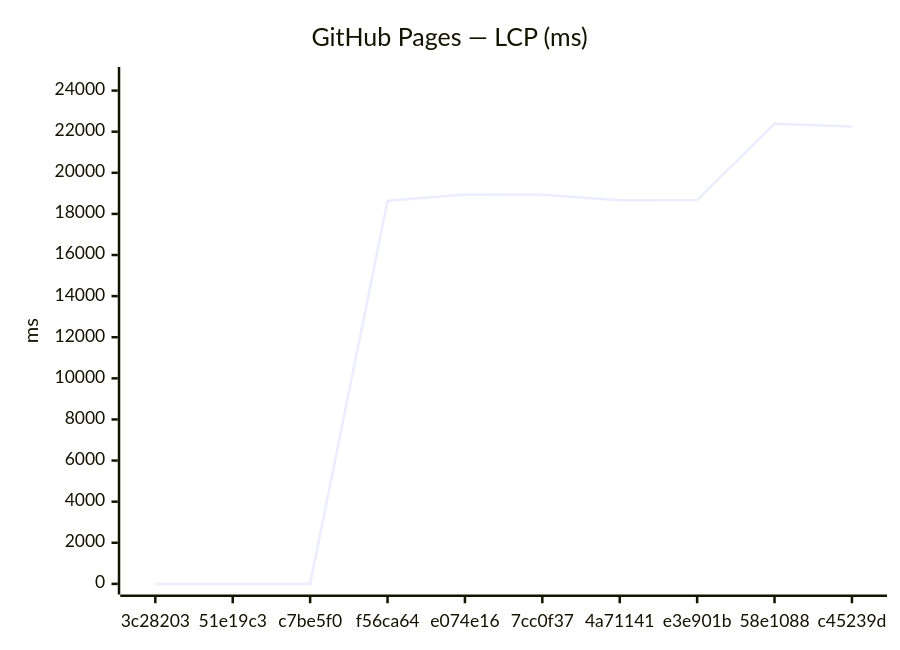
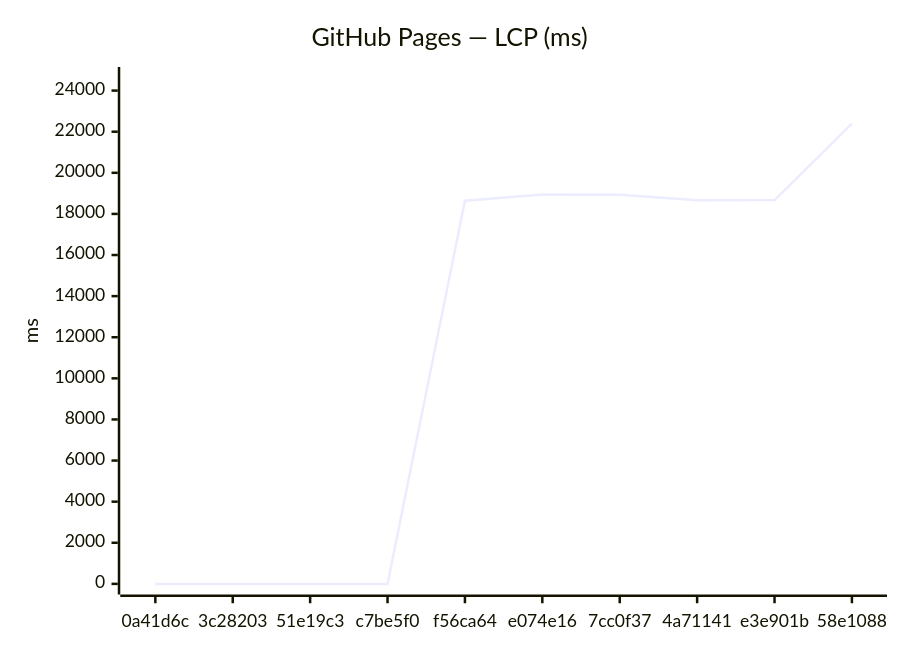
One commit to Metaheurist/Rianell changed the third of 18 diagrams in benchmarks/compare.md. Above: the diagram before and after it, drawn with Mermaid. The commit also changed other lines of this file and 11 other files, not shown here.

````diff
--- a/benchmarks/compare.md
+++ b/benchmarks/compare.md
@@ -54,7 +54,7 @@
 ```mermaid
 xychart-beta
     title "GitHub Pages — LCP (ms)"
-    x-axis ["3c28203", "51e19c3", "c7be5f0", "f56ca64", "e074e16", "7cc0f37", "4a71141", "e3e901b", "58e1088", "c45239d"]
+    x-axis ["0a41d6c", "3c28203", "51e19c3", "c7be5f0", "f56ca64", "e074e16", "7cc0f37", "4a71141", "e3e901b", "58e1088"]
     y-axis "ms" 0 --> 24631
-    line [0, 0, 0, 18641, 18940, 18936, 18660, 18674, 22391, 22250]
+    line [0, 0, 0, 0, 18641, 18940, 18936, 18660, 18674, 22391]
 ```
````
